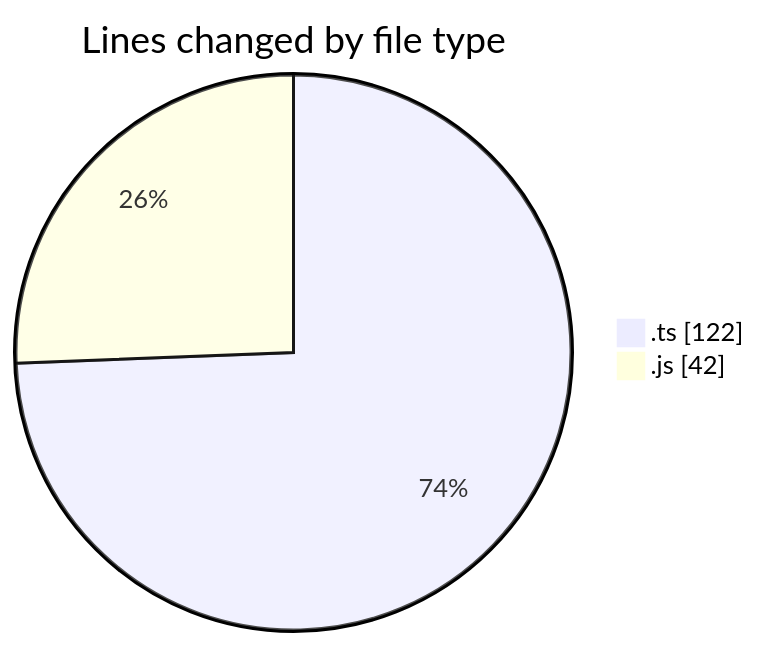
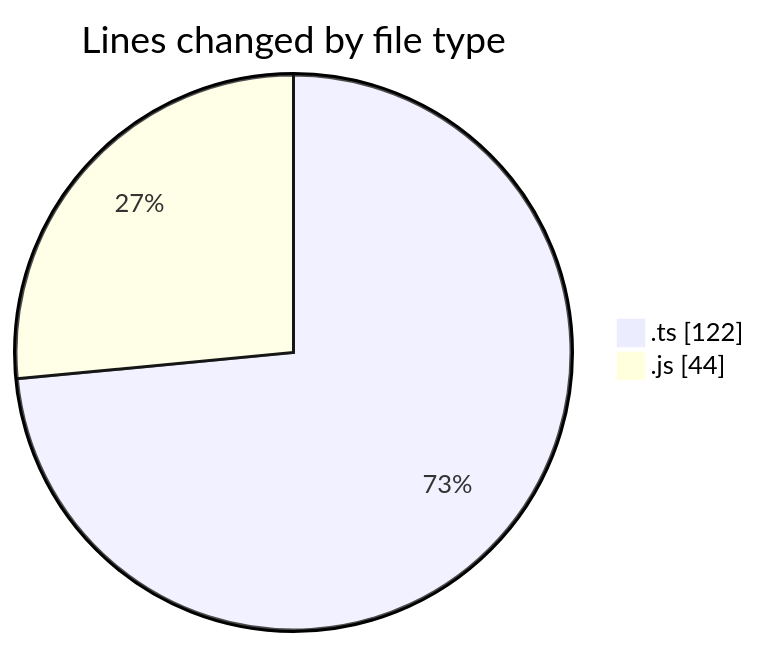
One commit to momahboobian/code-tracking changed the first of 2 diagrams in 2026-11-03/cda/README.md. Above: the diagram before and after it, drawn with Mermaid. The commit also changed other lines of this file and 1 other file, not shown here.

````diff
--- a/2026-11-03/cda/README.md
+++ b/2026-11-03/cda/README.md
@@ -24,6 +24,6 @@
 ```mermaid
 pie showData
 title Lines changed by file type
 ".ts" : 122
-".js" : 42
+".js" : 44
 ```
````
